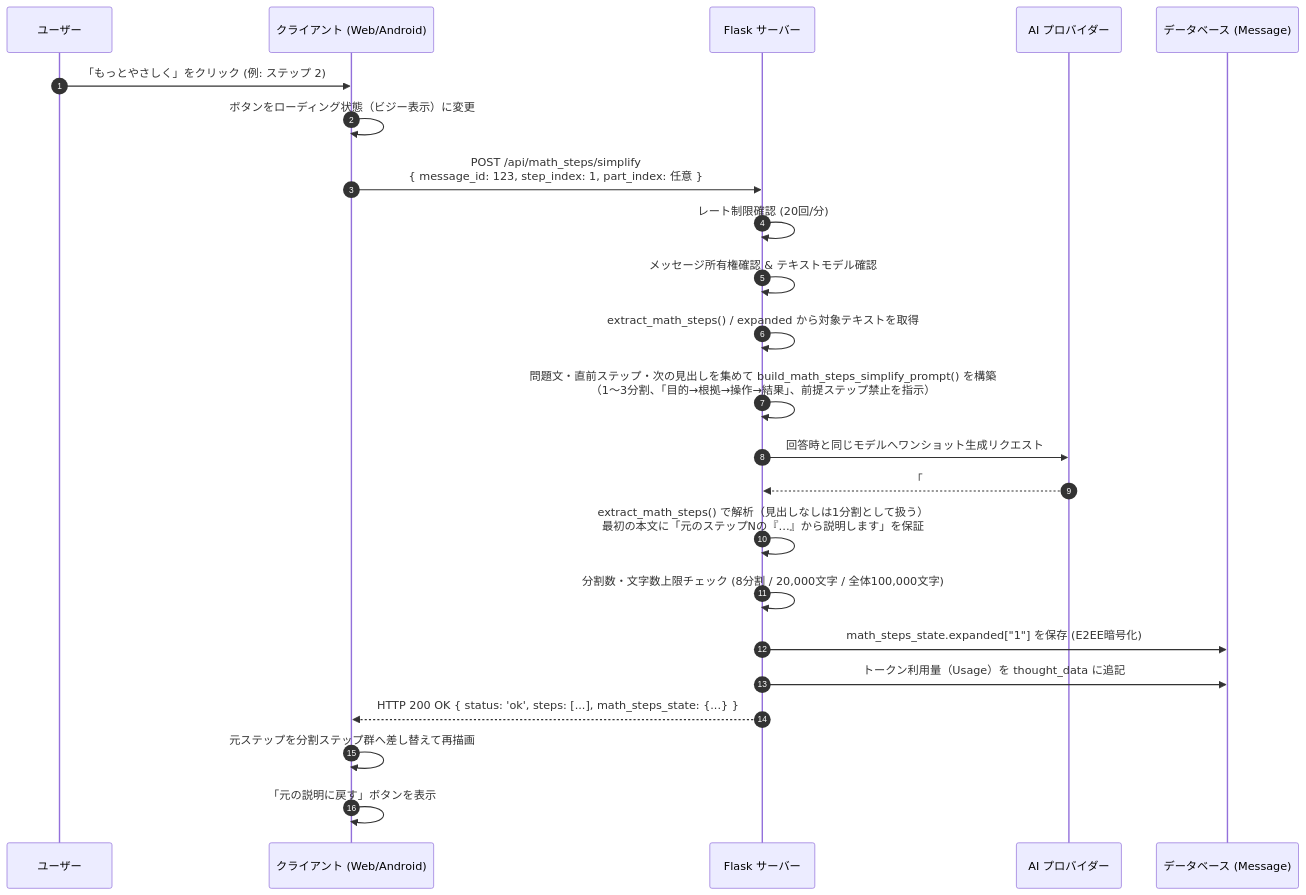
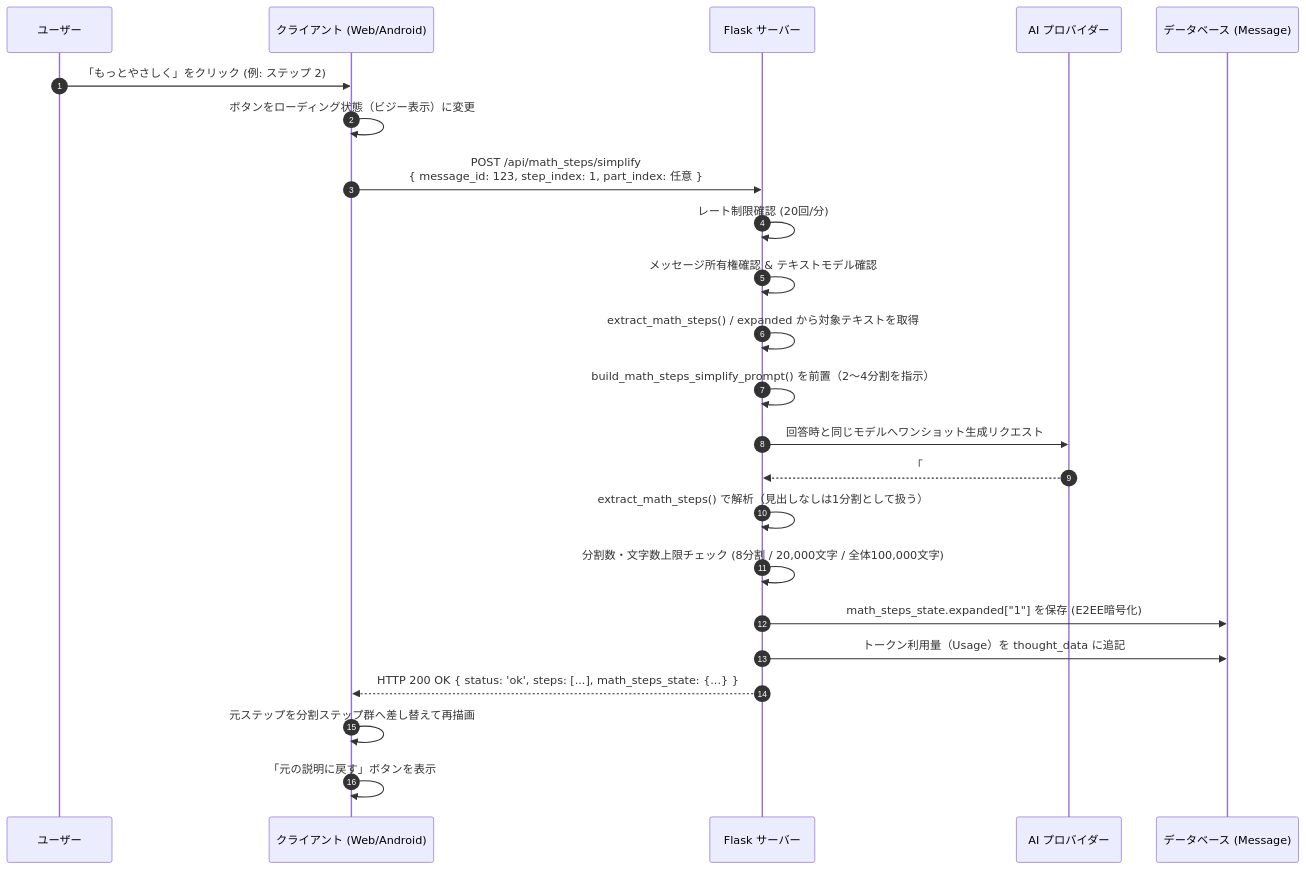
Before and after one commit to Minashin1120/ai-playground: the fourth of 4 diagrams in static/docs/math_steps/architecture.md, drawn with Mermaid. The commit also changed other lines of this file and 38 other files, not shown here.

Commit message:
Restore math-step simplify to the v1.70.118 explanation, and ship quote-step jumps plus Japanese word selection.

````diff
--- a/static/docs/math_steps/architecture.md
+++ b/static/docs/math_steps/architecture.md
@@ -121,26 +121,26 @@
 ```mermaid
 sequenceDiagram
     autonumber
     participant U as ユーザー
     participant C as クライアント (Web/Android)
     participant S as Flask サーバー
     participant P as AI プロバイダー
     participant D as データベース (Message)
 
     U->>C: 「もっとやさしく」をクリック (例: ステップ 2)
     C->>C: ボタンをローディング状態（ビジー表示）に変更
     C->>S: POST /api/math_steps/simplify<br>{ message_id: 123, step_index: 1, part_index: 任意 }
     S->>S: レート制限確認 (20回/分)
     S->>S: メッセージ所有権確認 & テキストモデル確認
     S->>S: extract_math_steps() / expanded から対象テキストを取得
-    S->>S: 問題文・直前ステップ・次の見出しを集めて build_math_steps_simplify_prompt() を構築<br>（1〜3分割、「目的→根拠→操作→結果」、前提ステップ禁止を指示）
+    S->>S: build_math_steps_simplify_prompt() を前置（2〜4分割を指示）
     S->>P: 回答時と同じモデルへワンショット生成リクエスト
     P-->>S: 「## ステップ N ...」形式のやさしい複数ステップ
-    S->>S: extract_math_steps() で解析（見出しなしは1分割として扱う）<br>最初の本文に「元のステップNの『…』から説明します」を保証
+    S->>S: extract_math_steps() で解析（見出しなしは1分割として扱う）
     S->>S: 分割数・文字数上限チェック (8分割 / 20,000文字 / 全体100,000文字)
     S->>D: math_steps_state.expanded["1"] を保存 (E2EE暗号化)
     S->>D: トークン利用量（Usage）を thought_data に追記
     S-->>C: HTTP 200 OK { status: 'ok', steps: [...], math_steps_state: {...} }
     C->>C: 元ステップを分割ステップ群へ差し替えて再描画
     C->>C: 「元の説明に戻す」ボタンを表示
 ```
````
